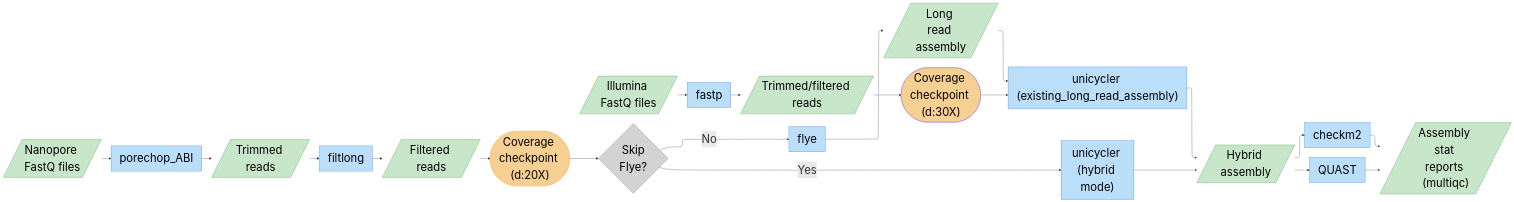
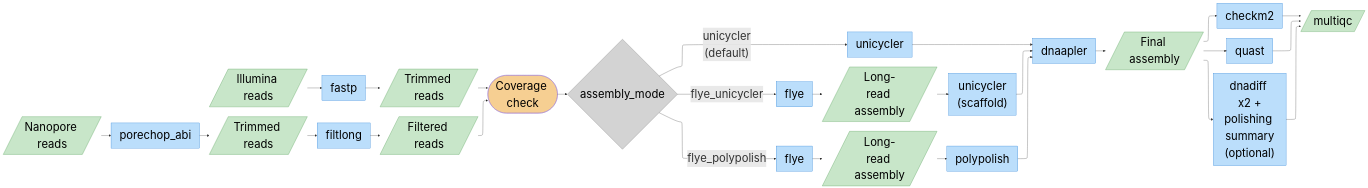
The diagram in README.md (talasjudit/listeria-hybrid-assembly-nf), drawn with Mermaid before and after one commit. The commit also changed other lines of this file and 13 other files, not shown here.

First line of the commit message:
docs: update all documentation for 3-mode assembly pipeline

````diff
--- a/README.md
+++ b/README.md
@@ -22,65 +23,71 @@
   layout: elk
 ---
 flowchart LR
-    n3["Illumina FastQ files"] --> n7["fastp"]
-    n7 --> n8["Trimmed/filtered reads"]
-    n5["porechop_ABI"] --> n9["Trimmed reads"]
+    n3["Illumina reads"] --> n7["fastp"]
+    n7 --> n8["Trimmed reads"]
+    n1["Nanopore reads"] --> n5["porechop_abi"]
+    n5 --> n9["Trimmed reads"]
     n9 --> n6["filtlong"]
     n6 --> n10["Filtered reads"]
-    n1["Nanopore FastQ files"] --> n5
-    n11["flye"] --> n12["Long read assembly"]
-    n12 --> n13["unicycler <br>(existing_long_read_assembly)"]
-    n15["Skip <br>Flye?"] -- Yes --> n22["unicycler <br>(hybrid mode)"]
-    n22 --> n23["Hybrid assembly"]
-    n23 --> n27["checkm2"] & n28["QUAST"]
-    n13 --> n23
-    n27 --> n30["Assembly stat reports (multiqc)"]
-    n28 --> n30
-    n15 -- No --> n11
-    n8 --> n31(["Coverage checkpoint (d:30X)"])
-    n31 --> n13
-    n10 --> n32(["Coverage checkpoint (d:20X)"])
-    n32 --> n15
+    n8 & n10 --> n31(["Coverage check"])
+    n31 --> n15{"assembly_mode"}
+    n15 -- "unicycler\n(default)" --> n22["unicycler"]
+    n15 -- "flye_unicycler" --> n11["flye"] --> n12["Long-read assembly"] --> n13["unicycler\n(scaffold)"]
+    n15 -- "flye_polypolish" --> n11b["flye"] --> n12b["Long-read assembly"] --> n_poly["polypolish"]
+    n22 --> n_dna["dnaapler"]
+    n13 --> n_dna
+    n_poly --> n_dna
+    n_dna --> n23["Final assembly"]
+    n23 --> n27["checkm2"] & n28["quast"]
+    n23 --> n_dd["dnadiff x2 +\npolishing summary\n(optional)"]
+    n27 & n28 & n_dd --> n30["multiqc"]
     n3@{ shape: in-out}
+    n1@{ shape: in-out}
     n7@{ shape: proc}
     n8@{ shape: lean-r}
     n5@{ shape: proc}
     n9@{ shape: lean-r}
     n6@{ shape: proc}
     n10@{ shape: lean-r}
-    n1@{ shape: in-out}
+    n22@{ shape: proc}
     n11@{ shape: proc}
     n12@{ shape: lean-r}
     n13@{ shape: proc}
-    n15@{ shape: diam}
-    n22@{ shape: proc}
+    n11b@{ shape: proc}
+    n12b@{ shape: lean-r}
+    n_poly@{ shape: proc}
+    n_dna@{ shape: proc}
     n23@{ shape: lean-r}
     n27@{ shape: proc}
     n28@{ shape: proc}
+    n_dd@{ shape: proc}
     n30@{ shape: lean-r}
+    n15@{ shape: diam}
      n3:::data
+     n1:::data
      n7:::process
      n8:::data
      n5:::process
      n9:::data
      n6:::process
      n10:::data
-     n1:::data
+     n31:::checkpoint
+     n15:::decision
+     n22:::process
      n11:::process
      n12:::data
      n13:::process
-     n15:::decision
-     n22:::process
+     n11b:::process
+     n12b:::data
+     n_poly:::process
+     n_dna:::process
      n23:::data
      n27:::process
      n28:::process
+     n_dd:::process
      n30:::data
-     n31:::checkpoint
-     n32:::Peach
-     n32:::checkpoint
     classDef process fill:#bbdefb,stroke:#1976d2,color:black
     classDef data fill:#c8e6c9,stroke:#388e3c,color:black
     classDef decision fill:#d3d3d3,stroke:#666666,color:black
-    classDef Peach stroke-width:1px, stroke-dasharray:none, stroke:#FBB35A, fill:#FFEFDB, color:#8F632D
     classDef checkpoint fill:#f6cf92, stroke-width:1px, stroke-dasharray: 0, color:black
 ```
````
